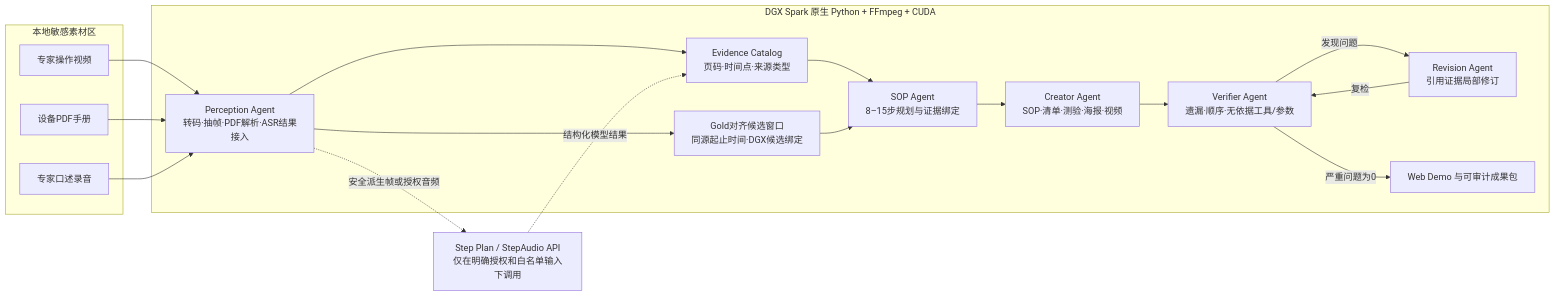
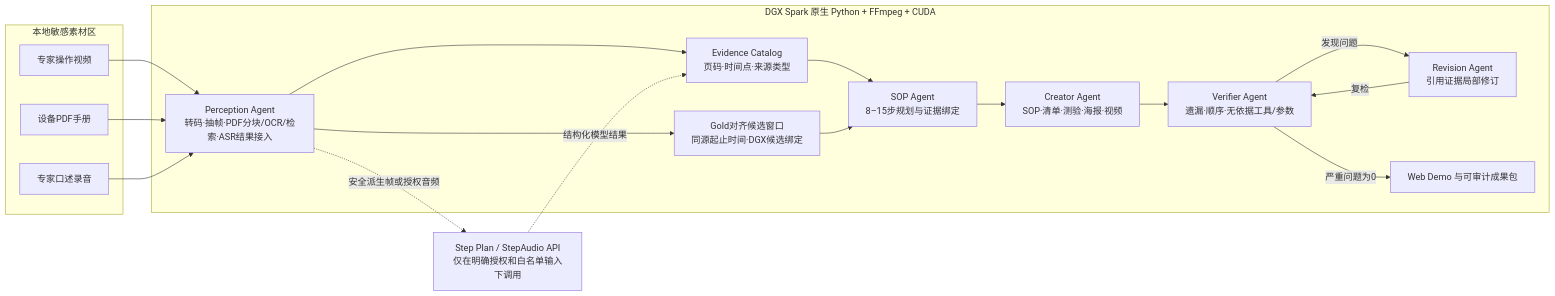
One commit to sparklefire/SkillForge changed the diagram in docs/架构与数据边界.md. Above: the diagram before and after it, drawn with Mermaid. The commit also changed other lines of this file and 28 other files, not shown here.

````diff
--- a/docs/架构与数据边界.md
+++ b/docs/架构与数据边界.md
@@ -5,32 +5,32 @@
 ```mermaid
 flowchart LR
     subgraph PRIVATE["本地敏感素材区"]
         V["专家操作视频"]
         P["设备PDF手册"]
         A["专家口述录音"]
     end
 
     subgraph DGX["DGX Spark 原生 Python + FFmpeg + CUDA"]
-        I["Perception Agent\n转码·抽帧·PDF解析·ASR结果接入"]
+        I["Perception Agent\n转码·抽帧·PDF分块/OCR/检索·ASR结果接入"]
         T["Gold对齐候选窗口\n同源起止时间·DGX候选绑定"]
         E["Evidence Catalog\n页码·时间点·来源类型"]
         S["SOP Agent\n8–15步规划与证据绑定"]
         C["Creator Agent\nSOP·清单·测验·海报·视频"]
         Q["Verifier Agent\n遗漏·顺序·无依据工具/参数"]
         R["Revision Agent\n引用证据局部修订"]
         O["Web Demo 与可审计成果包"]
     end
 
     API["Step Plan / StepAudio API\n仅在明确授权和白名单输入下调用"]
 
     V --> I
     P --> I
     A --> I
     I --> E --> S --> C --> Q
     I --> T --> S
     Q -->|"发现问题"| R
     R -->|"复检"| Q
     Q -->|"严重问题为0"| O
     I -. "安全派生帧或授权音频" .-> API
     API -. "结构化模型结果" .-> E
 ```
````
